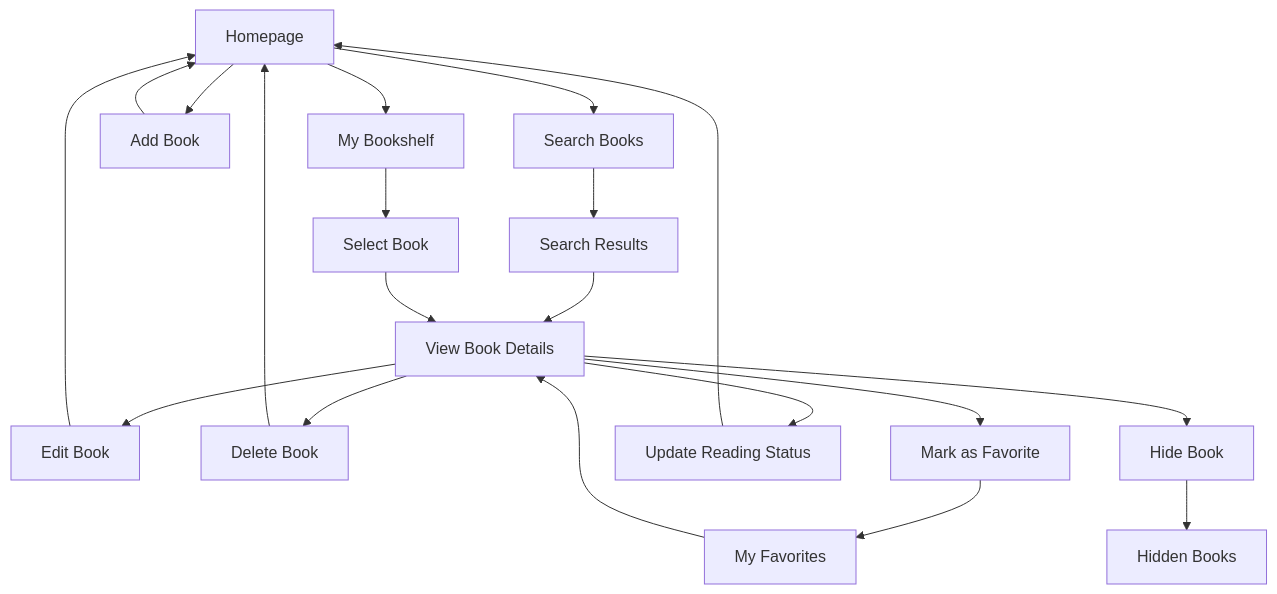
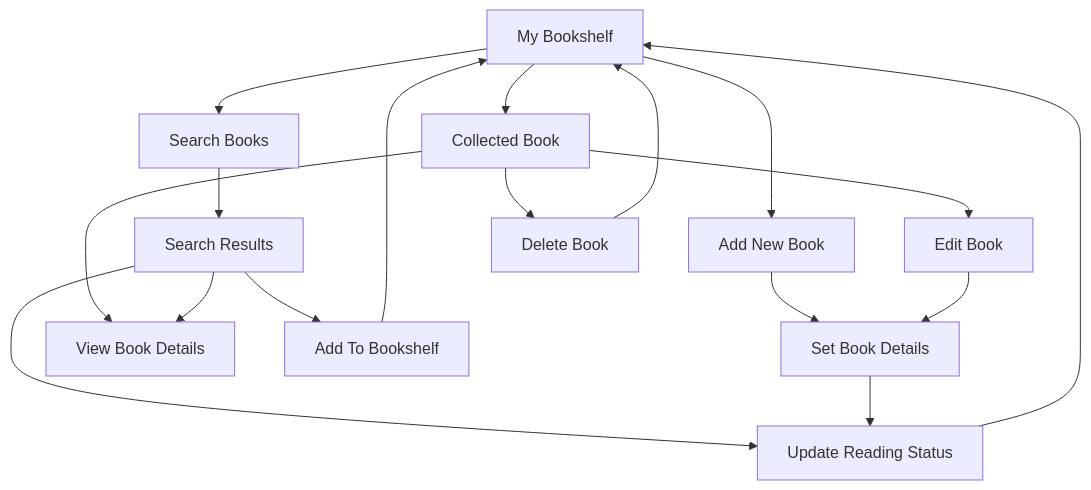
Before and after one commit to LoganPickell/AgileArchitects_ModernSoftwareDevelopment: the second of 2 diagrams in planning.md, drawn with Mermaid. The commit also changed other lines of this file, not shown here.

Commit message:
Update planning.md
Updated the user flow diagram and feature list to match the current state

````diff
--- a/planning.md
+++ b/planning.md
@@ -70,20 +70,19 @@
 ```mermaid
 flowchart TD
-A[Homepage] --> B[Search Books]
-A --> C[Add Book]
-A --> E[My Bookshelf]
-B --> F[Search Results] --> G[View Book Details]
-C --> A
-E --> D[Select Book] --> G
-G --> H[Edit Book]
-G --> I[Delete Book]
-G --> J[Mark as Favorite]
-G --> K[Update Reading Status]
-G --> L[Hide Book]
-H --> A
+A[My Bookshelf] --> B[Search Books]
+A --> C[Add New Book]
+A --> D[Collected Book]
+B --> E[Search Results]
+C --> F[Set Book Details]
+D --> G[View Book Details]
+D --> H[Edit Book]
+D --> I[Delete Book]
+E --> J[Update Reading Status]
+E --> K[Add To Bookshelf]
+E --> G
+F --> J
+H --> F
 I --> A
-J --> M[My Favorites]
+J --> A
 K --> A
-L --> N[Hidden Books]
-M --> G
 ```
````
